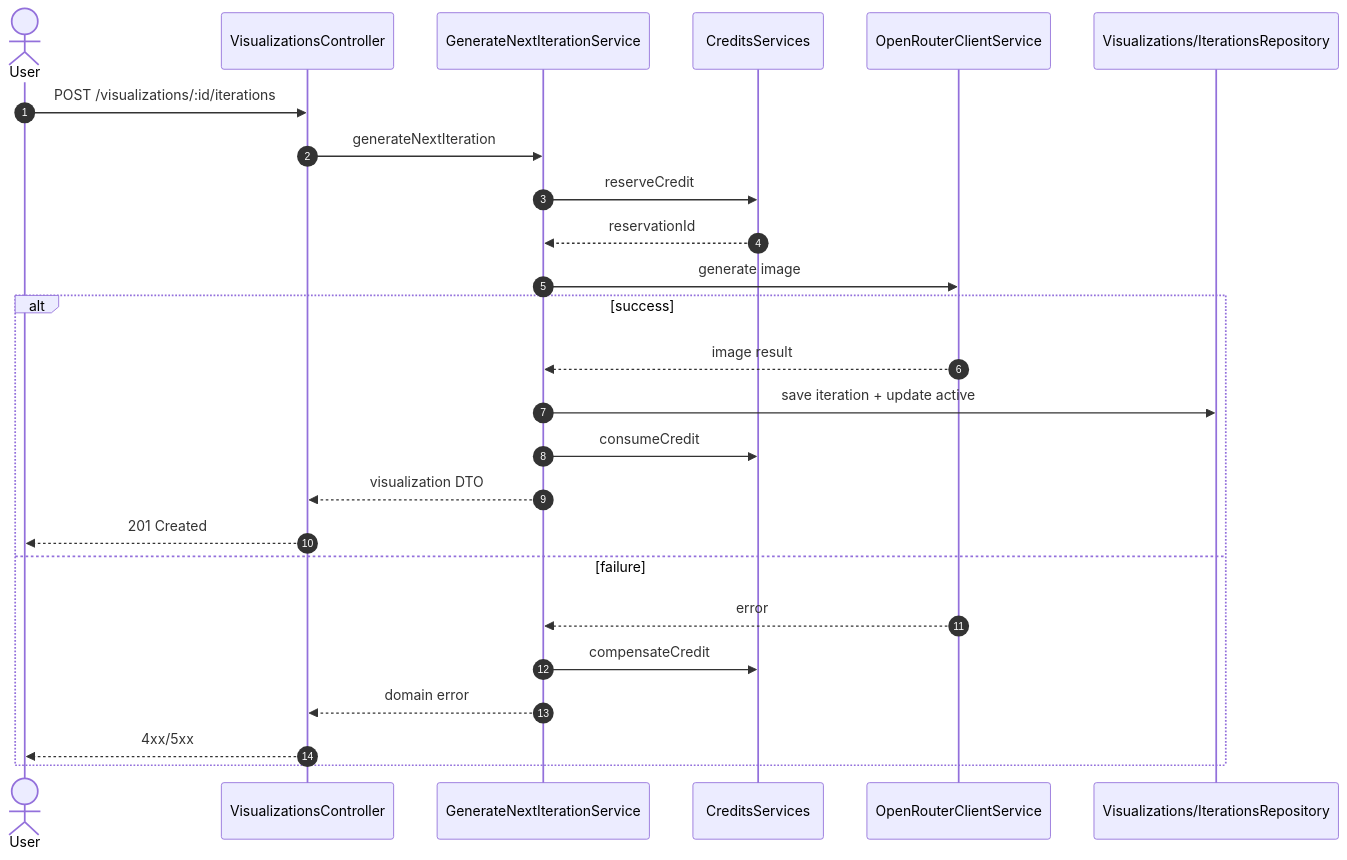
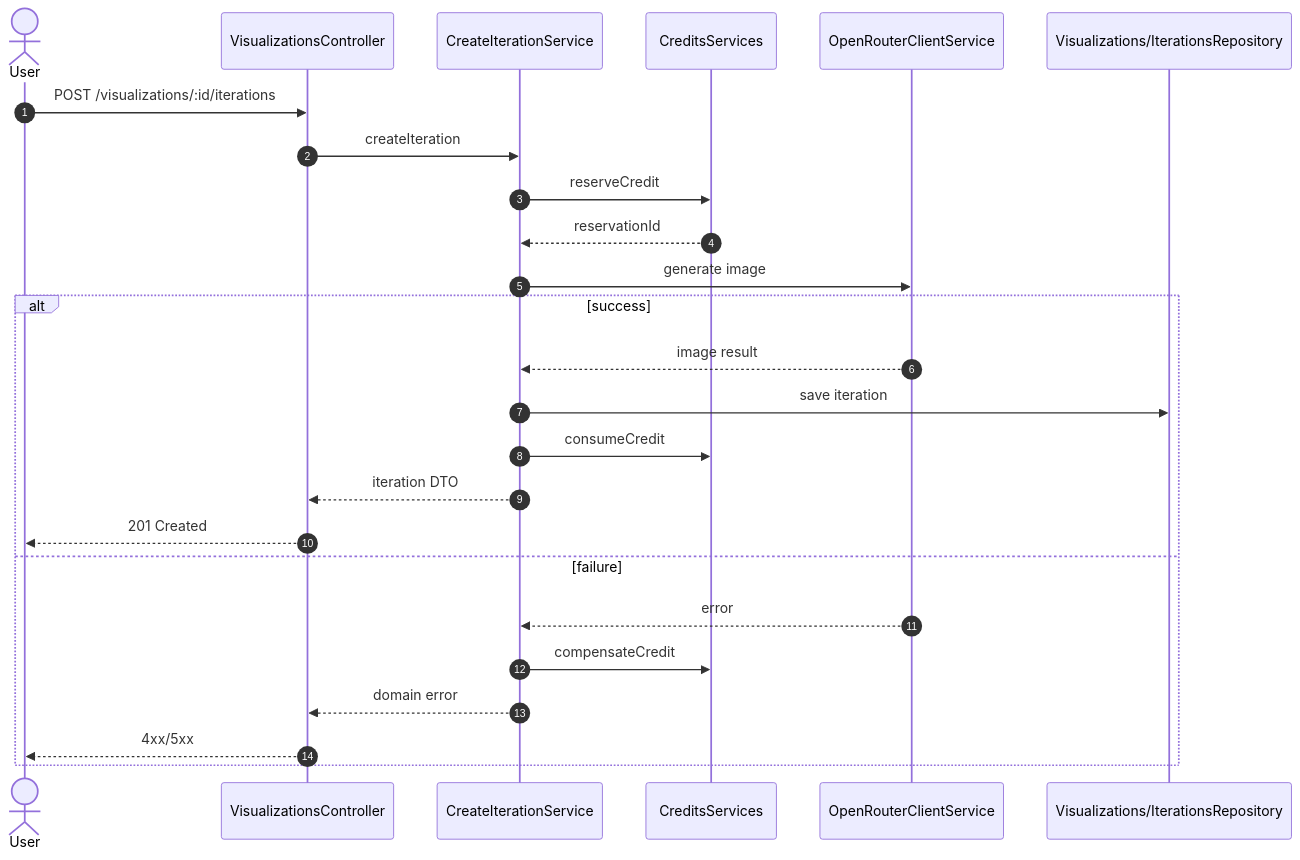
The fourth of 4 diagrams in docs/platform-api-modular-monolith-blueprint.md (patrykmroz619/ZaaranzujTo), drawn with Mermaid before and after one commit. The commit also changed other lines of this file and 1 other file, not shown here.

````diff
--- a/docs/platform-api-modular-monolith-blueprint.md
+++ b/docs/platform-api-modular-monolith-blueprint.md
@@ -331,29 +335,29 @@
 ```mermaid
 sequenceDiagram
   autonumber
   actor U as User
   participant VC as VisualizationsController
-  participant VS as GenerateNextIterationService
+  participant VS as CreateIterationService
   participant CS as CreditsServices
   participant OR as OpenRouterClientService
   participant VR as Visualizations/IterationsRepository
 
   U->>VC: POST /visualizations/:id/iterations
-  VC->>VS: generateNextIteration
+  VC->>VS: createIteration
   VS->>CS: reserveCredit
   CS-->>VS: reservationId
   VS->>OR: generate image
 
   alt success
     OR-->>VS: image result
-    VS->>VR: save iteration + update active
+    VS->>VR: save iteration
     VS->>CS: consumeCredit
-    VS-->>VC: visualization DTO
+    VS-->>VC: iteration DTO
     VC-->>U: 201 Created
   else failure
     OR-->>VS: error
     VS->>CS: compensateCredit
     VS-->>VC: domain error
     VC-->>U: 4xx/5xx
   end
 ```
````
